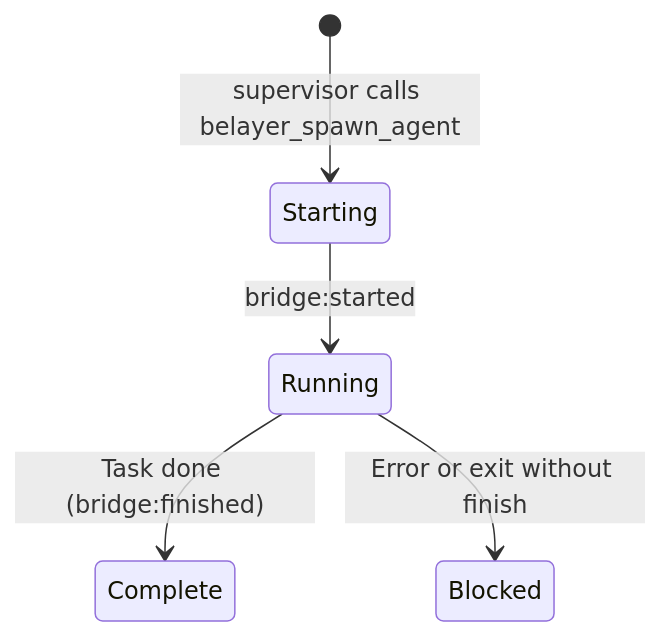
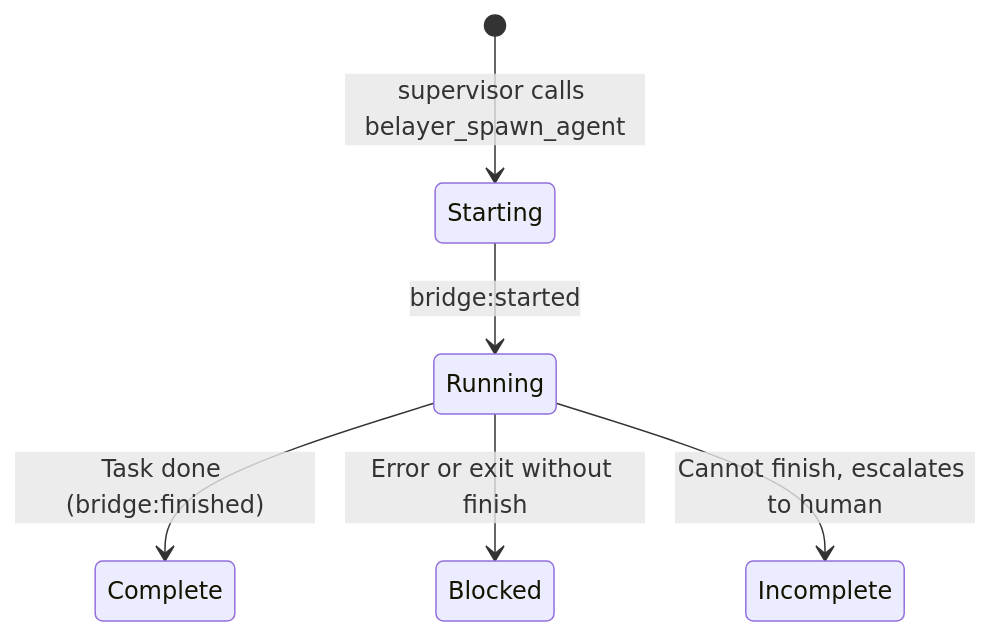
Before and after one commit to donovan-yohan/belayer: the sixth of 11 diagrams in docs/AGENT_ARCHITECTURE.md, drawn with Mermaid. The commit also changed other lines of this file and 1 other file, not shown here.

First line of the commit message:
fix: idle timeout now reports incomplete, update architecture docs

````diff
--- a/docs/AGENT_ARCHITECTURE.md
+++ b/docs/AGENT_ARCHITECTURE.md
@@ -200,7 +203,8 @@
 ```mermaid
 stateDiagram-v2
     [*] --> Starting: supervisor calls belayer_spawn_agent
     Starting --> Running: bridge:started
     Running --> Complete: Task done (bridge:finished)
     Running --> Blocked: Error or exit without finish
+    Running --> Incomplete: Cannot finish, escalates to human
 ```
````
